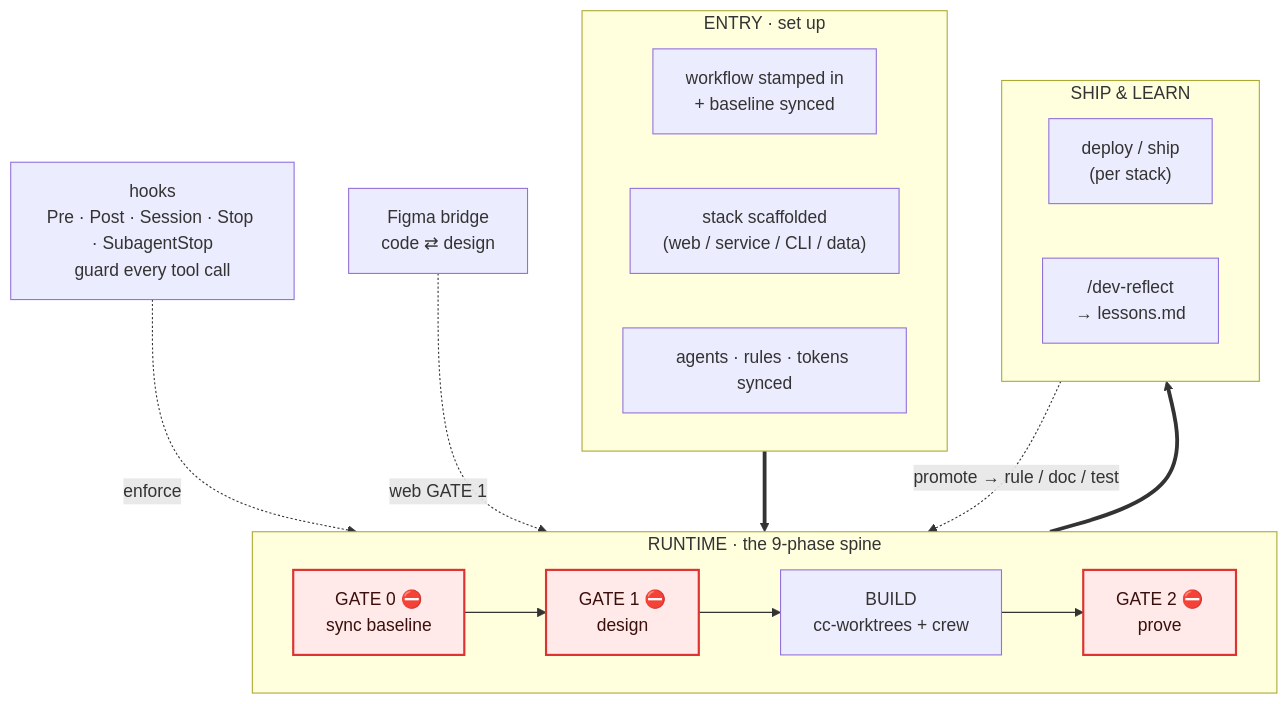
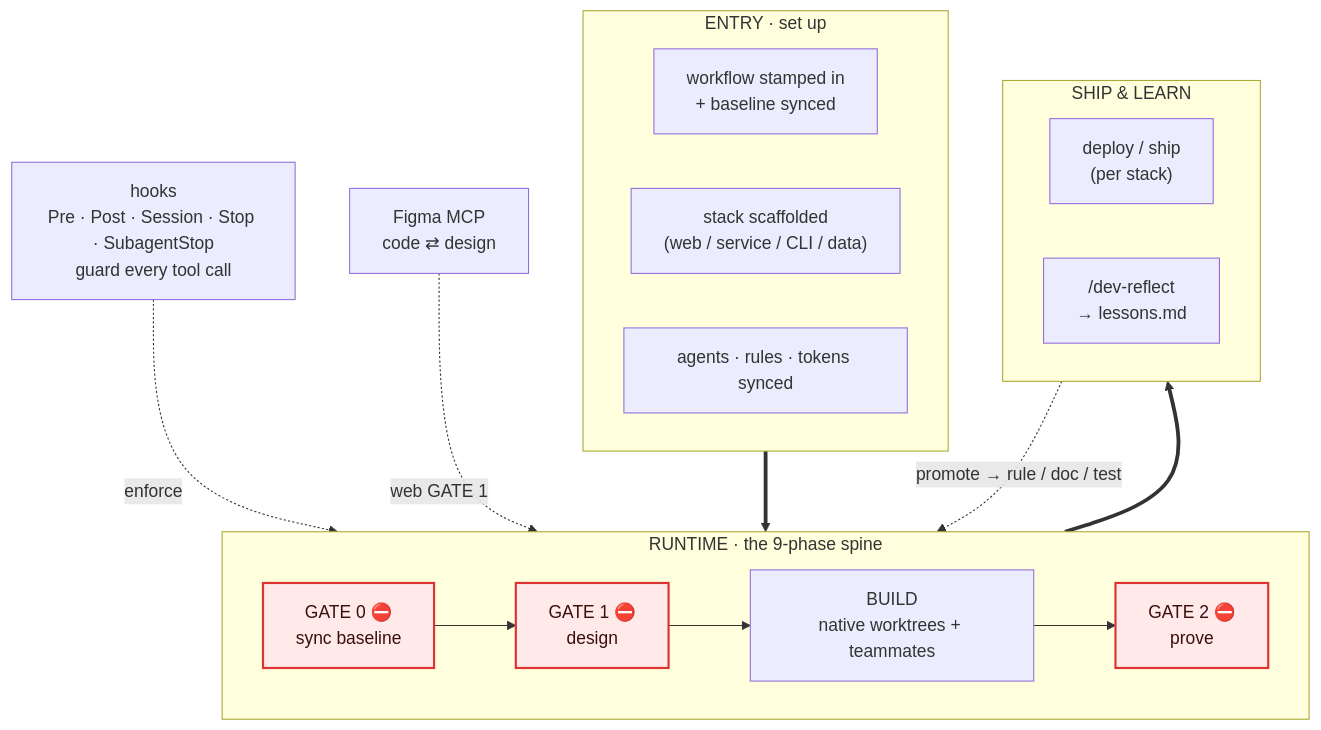
Before and after one commit to HenriGeorge/AutoCue: the second of 15 diagrams in docs/OVERVIEW.md, drawn with Mermaid. The commit also changed other lines of this file and 60 other files, not shown here.

````diff
--- a/docs/OVERVIEW.md
+++ b/docs/OVERVIEW.md
@@ -36,24 +37,24 @@
 ```mermaid
 flowchart TB
   subgraph ENTRY["ENTRY · set up"]
     direction LR
     S1["workflow stamped in<br/>+ baseline synced"]
     S2["stack scaffolded<br/>(web / service / CLI / data)"]
     SY["agents · rules · tokens synced"]
   end
   subgraph RUNTIME["RUNTIME · the 9-phase spine"]
     direction LR
-    G0["GATE 0 ⛔<br/>sync baseline"] --> G1["GATE 1 ⛔<br/>design"] --> BUILD["BUILD<br/>cc-worktrees + crew"] --> G2["GATE 2 ⛔<br/>prove"]
+    G0["GATE 0 ⛔<br/>sync baseline"] --> G1["GATE 1 ⛔<br/>design"] --> BUILD["BUILD<br/>native worktrees + teammates"] --> G2["GATE 2 ⛔<br/>prove"]
   end
   subgraph SHIP["SHIP &amp; LEARN"]
     direction LR
     GO["deploy / ship<br/>(per stack)"]
     DR["/dev-reflect<br/>→ lessons.md"]
   end
   ENTRY ==> RUNTIME ==> SHIP
   HK["hooks<br/>Pre · Post · Session · Stop · SubagentStop<br/>guard every tool call"] -.enforce.-> BUILD
-  FIG["Figma bridge<br/>code ⇄ design"] -.web GATE 1.-> G1
+  FIG["Figma MCP<br/>code ⇄ design"] -.web GATE 1.-> G1
   DR -.promote → rule / doc / test.-> G0
   classDef gate fill:#ffe9e9,stroke:#d33,stroke-width:2px,color:#3a0f0b;
   class G0,G1,G2 gate;
 ```
````
